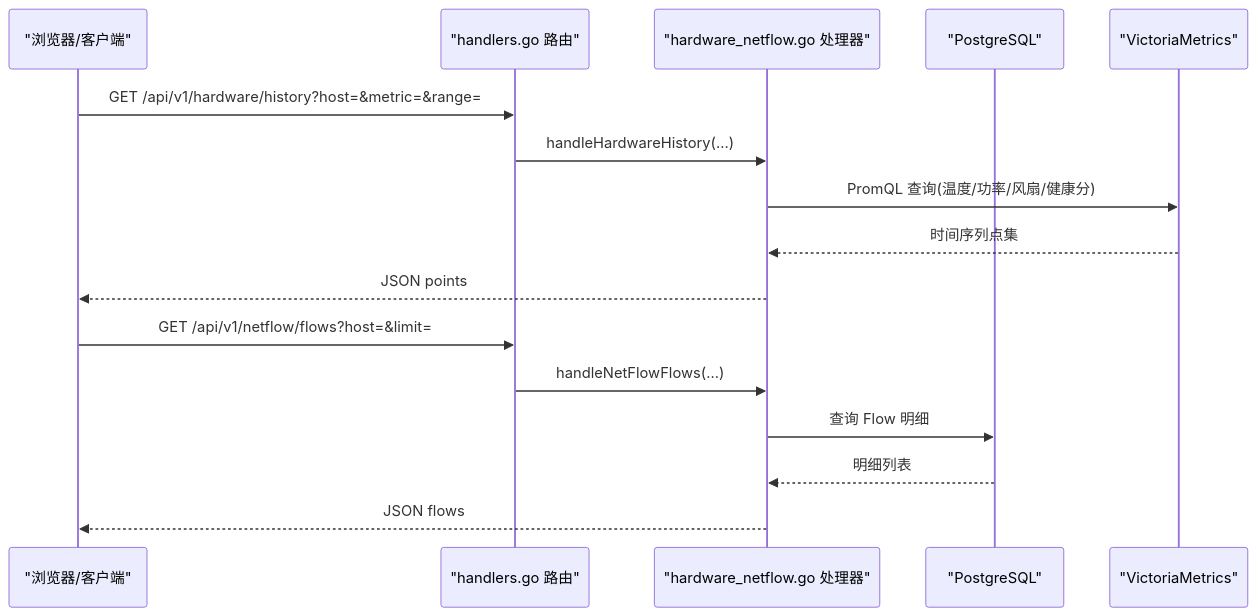
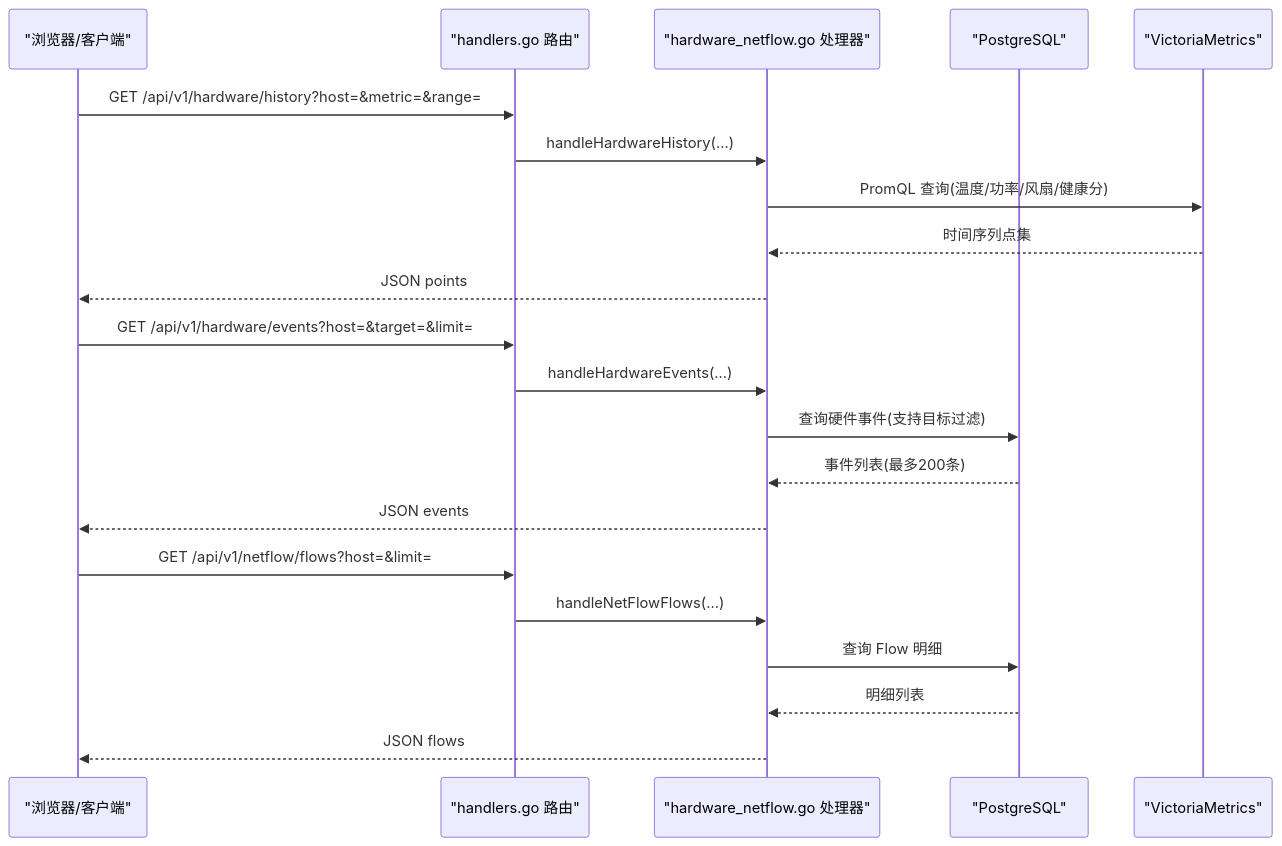
Before and after one commit to sreyun/aiops-monitor: the sixth of 8 diagrams in .qoder/repowiki/zh/content/核心功能/告警系统/硬件告警引擎.md, drawn with Mermaid. The commit also changed other lines of this file and 38 other files, not shown here.

````diff
--- a/.qoder/repowiki/zh/content/核心功能/告警系统/硬件告警引擎.md
+++ b/.qoder/repowiki/zh/content/核心功能/告警系统/硬件告警引擎.md
@@ -258,18 +335,23 @@
 ```mermaid
 sequenceDiagram
 participant Client as "浏览器/客户端"
 participant H as "handlers.go 路由"
 participant I as "hardware_netflow.go 处理器"
 participant PG as "PostgreSQL"
 participant VM as "VictoriaMetrics"
 Client->>H : GET /api/v1/hardware/history?host=&metric=&range=
 H->>I : handleHardwareHistory(...)
 I->>VM : PromQL 查询(温度/功率/风扇/健康分)
 VM-->>I : 时间序列点集
 I-->>Client : JSON points
+Client->>H : GET /api/v1/hardware/events?host=&target=&limit=
+H->>I : handleHardwareEvents(...)
+I->>PG : 查询硬件事件(支持目标过滤)
+PG-->>I : 事件列表(最多200条)
+I-->>Client : JSON events
 Client->>H : GET /api/v1/netflow/flows?host=&limit=
 H->>I : handleNetFlowFlows(...)
 I->>PG : 查询 Flow 明细
 PG-->>I : 明细列表
 I-->>Client : JSON flows
 ```
````
